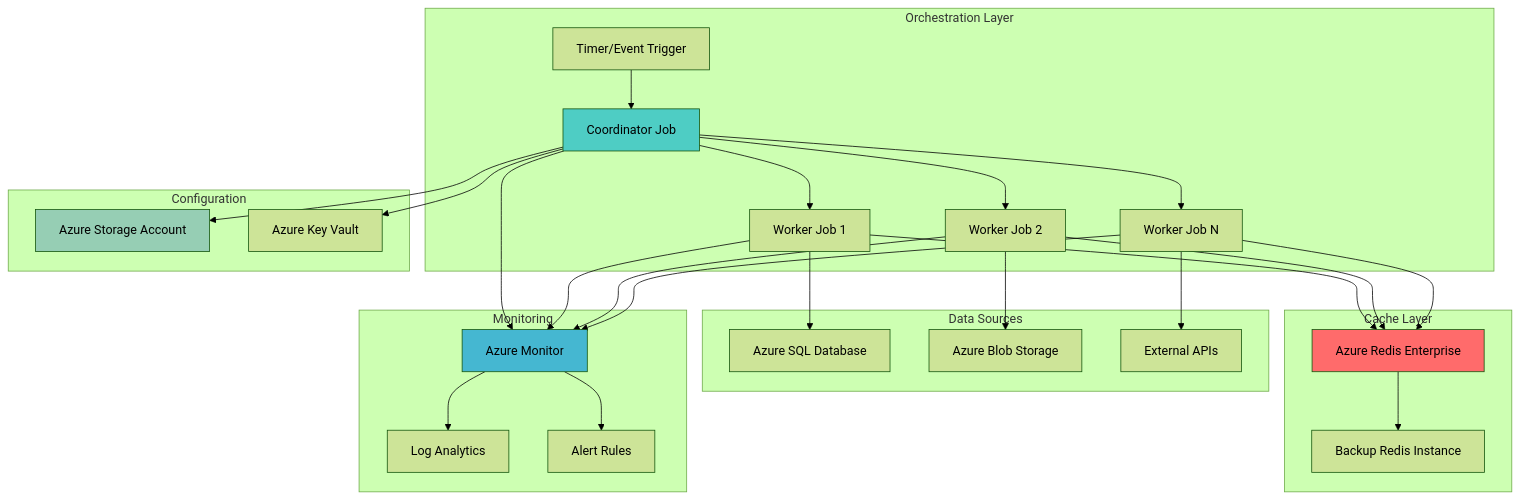
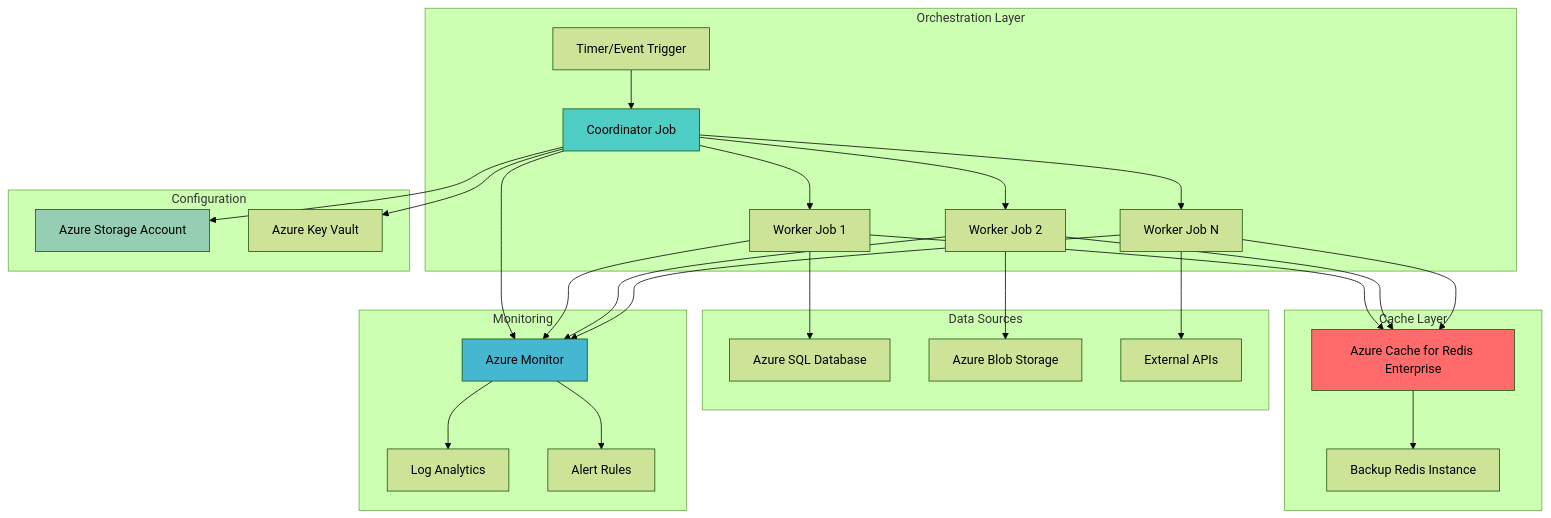
One commit to mzazon/awesome-cloud-projects changed the diagram in azure/distributed-cache-warm-up-automation/distributed-cache-warm-up-automation.md. Above: the diagram before and after it, drawn with Mermaid (forest theme). The commit also changed other lines of this file and 5581 other files, not shown here.

````diff
--- a/azure/distributed-cache-warm-up-automation/distributed-cache-warm-up-automation.md
+++ b/azure/distributed-cache-warm-up-automation/distributed-cache-warm-up-automation.md
@@ -30,63 +30,63 @@
 ```mermaid
 graph TB
     subgraph "Orchestration Layer"
         TRIGGER[Timer/Event Trigger]
         COORDINATOR[Coordinator Job]
         WORKER1[Worker Job 1]
         WORKER2[Worker Job 2]
         WORKER3[Worker Job N]
     end
     
     subgraph "Cache Layer"
-        REDIS[Azure Redis Enterprise]
+        REDIS[Azure Cache for Redis Enterprise]
         BACKUP[Backup Redis Instance]
     end
     
     subgraph "Data Sources"
         DB[Azure SQL Database]
         BLOB[Azure Blob Storage]
         API[External APIs]
     end
     
     subgraph "Monitoring"
         MONITOR[Azure Monitor]
         LOGS[Log Analytics]
         ALERTS[Alert Rules]
     end
     
     subgraph "Configuration"
         STORAGE[Azure Storage Account]
         KEYVAULT[Azure Key Vault]
     end
     
     TRIGGER-->COORDINATOR
     COORDINATOR-->WORKER1
     COORDINATOR-->WORKER2
     COORDINATOR-->WORKER3
     
     WORKER1-->REDIS
     WORKER2-->REDIS
     WORKER3-->REDIS
     
     WORKER1-->DB
     WORKER2-->BLOB
     WORKER3-->API
     
     REDIS-->BACKUP
     
     COORDINATOR-->MONITOR
     WORKER1-->MONITOR
     WORKER2-->MONITOR
     WORKER3-->MONITOR
     
     MONITOR-->LOGS
     MONITOR-->ALERTS
     
     COORDINATOR-->STORAGE
     COORDINATOR-->KEYVAULT
     
     style REDIS fill:#FF6B6B
     style COORDINATOR fill:#4ECDC4
     style MONITOR fill:#45B7D1
     style STORAGE fill:#96CEB4
 ```
````
